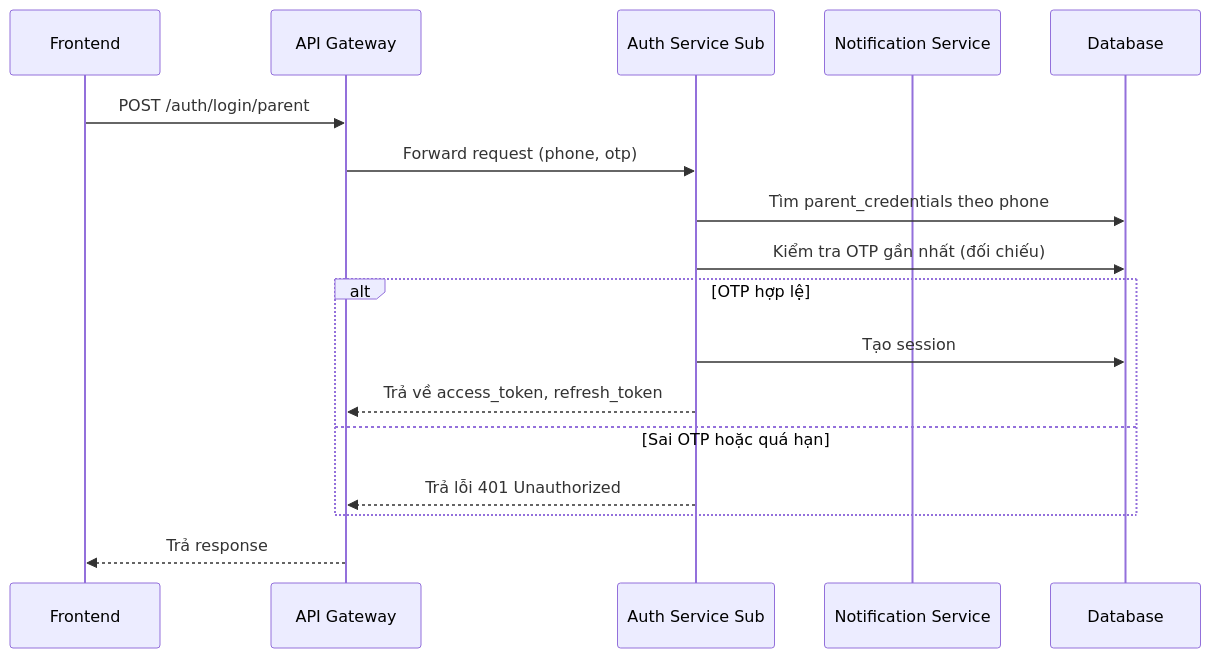
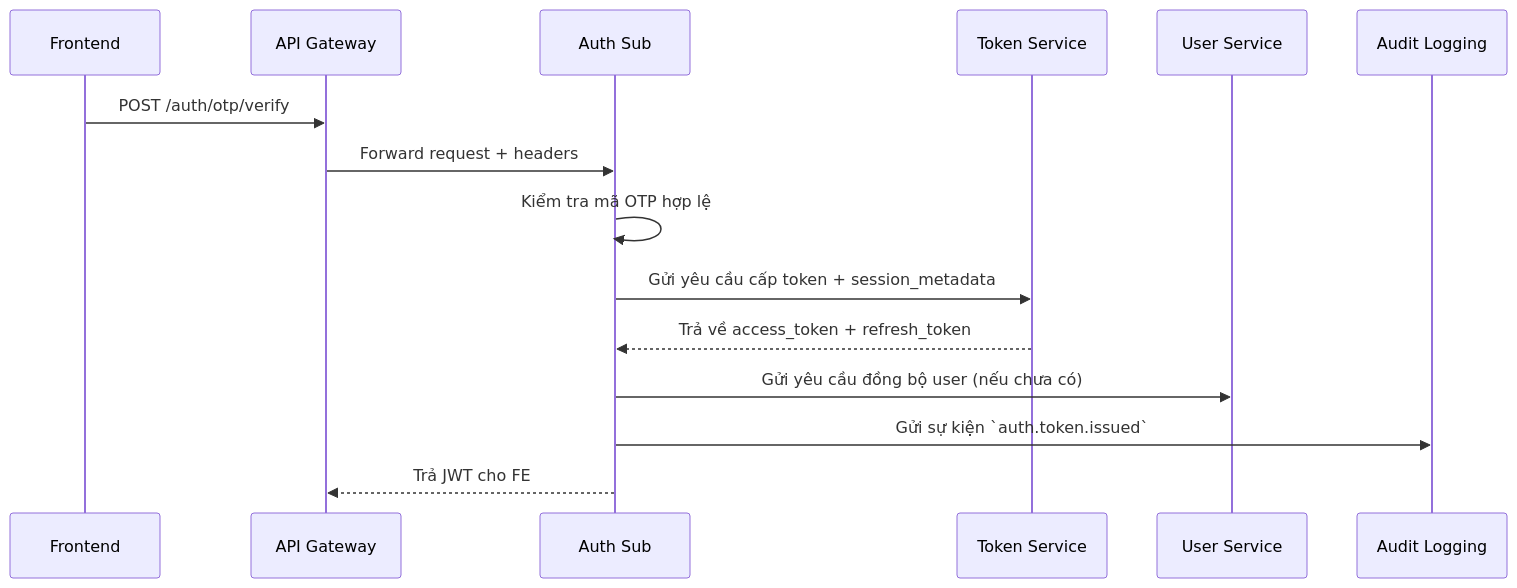
One commit to ezdesign-vn/dx-vas changed the second of 6 diagrams in docs/services/auth-service/sub/design.md. Above: the diagram before and after it, drawn with Mermaid. The commit also changed other lines of this file and 4 other files, not shown here.

Commit message:
fulfill adjusting auth service sub

````diff
--- a/docs/services/auth-service/sub/design.md
+++ b/docs/services/auth-service/sub/design.md
@@ -188,20 +275,18 @@
 ```mermaid
 sequenceDiagram
-  participant FE as Frontend
-  participant GW as API Gateway
-  participant AS as Auth Service Sub
-  participant NS as Notification Service
-  participant DB as Database
+    participant FE as Frontend
+    participant GW as API Gateway
+    participant AS as Auth Sub
+    participant TS as Token Service
+    participant US as User Service
+    participant AL as Audit Logging
 
-  FE->>GW: POST /auth/login/parent
-  GW->>AS: Forward request (phone, otp)
-  AS->>DB: Tìm parent_credentials theo phone
-  AS->>DB: Kiểm tra OTP gần nhất (đối chiếu)
-  alt OTP hợp lệ
-    AS->>DB: Tạo session
-    AS-->>GW: Trả về access_token, refresh_token
-  else Sai OTP hoặc quá hạn
-    AS-->>GW: Trả lỗi 401 Unauthorized
-  end
-  GW-->>FE: Trả response
+    FE->>GW: POST /auth/otp/verify
+    GW->>AS: Forward request + headers
+    AS->>AS: Kiểm tra mã OTP hợp lệ
+    AS->>TS: Gửi yêu cầu cấp token + session_metadata
+    TS-->>AS: Trả về access_token + refresh_token
+    AS->>US: Gửi yêu cầu đồng bộ user (nếu chưa có)
+    AS->>AL: Gửi sự kiện `auth.token.issued`
+    AS-->>GW: Trả JWT cho FE
 ```
````
